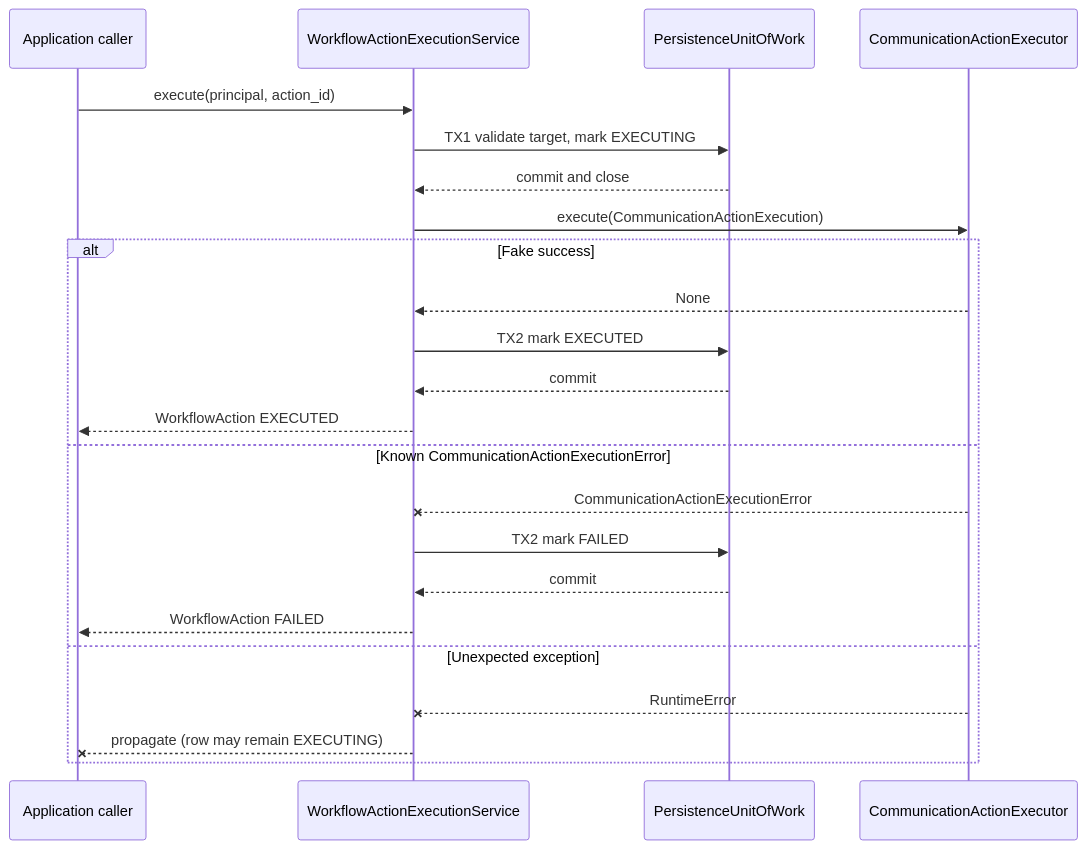
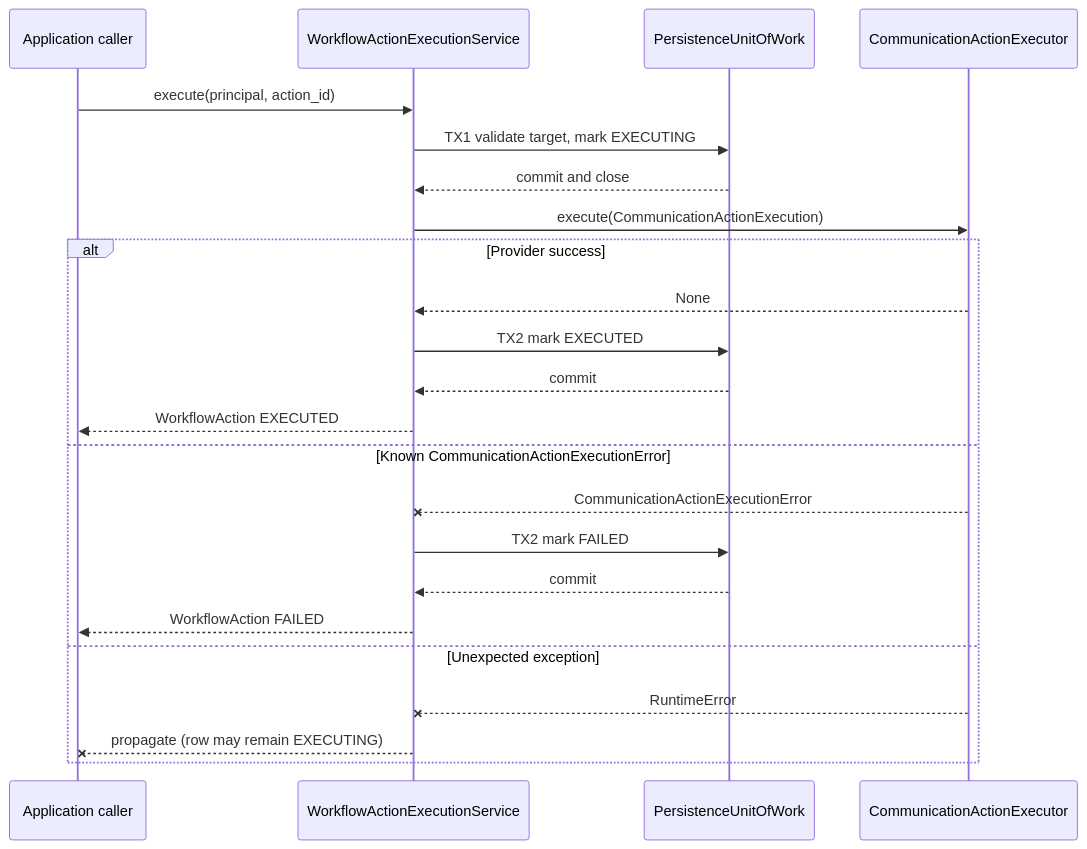
Before and after one commit to Susanta2025-lab/enterprise-communication-intelligence: diagram 11 of 12 in docs/architecture/sequence-diagrams.md, drawn with Mermaid. The commit also changed other lines of this file and 47 other files, not shown here.

````diff
--- a/docs/architecture/sequence-diagrams.md
+++ b/docs/architecture/sequence-diagrams.md
@@ -289,26 +293,26 @@
 ```mermaid
 sequenceDiagram
     participant Caller as Application caller
     participant Exec as WorkflowActionExecutionService
     participant UoW as PersistenceUnitOfWork
     participant Port as CommunicationActionExecutor
 
     Caller->>Exec: execute(principal, action_id)
     Exec->>UoW: TX1 validate target, mark EXECUTING
     UoW-->>Exec: commit and close
     Exec->>Port: execute(CommunicationActionExecution)
-    alt Fake success
+    alt Provider success
         Port-->>Exec: None
         Exec->>UoW: TX2 mark EXECUTED
         UoW-->>Exec: commit
         Exec-->>Caller: WorkflowAction EXECUTED
     else Known CommunicationActionExecutionError
         Port--xExec: CommunicationActionExecutionError
         Exec->>UoW: TX2 mark FAILED
         UoW-->>Exec: commit
         Exec-->>Caller: WorkflowAction FAILED
     else Unexpected exception
         Port--xExec: RuntimeError
         Exec--xCaller: propagate (row may remain EXECUTING)
     end
 ```
````
